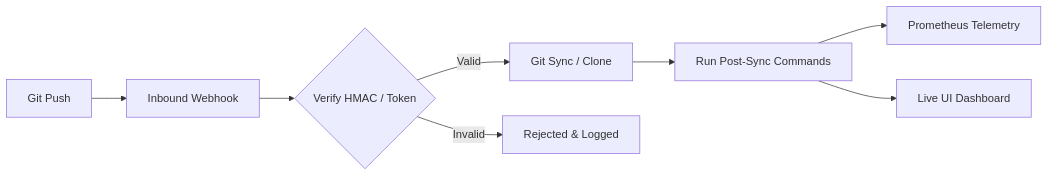
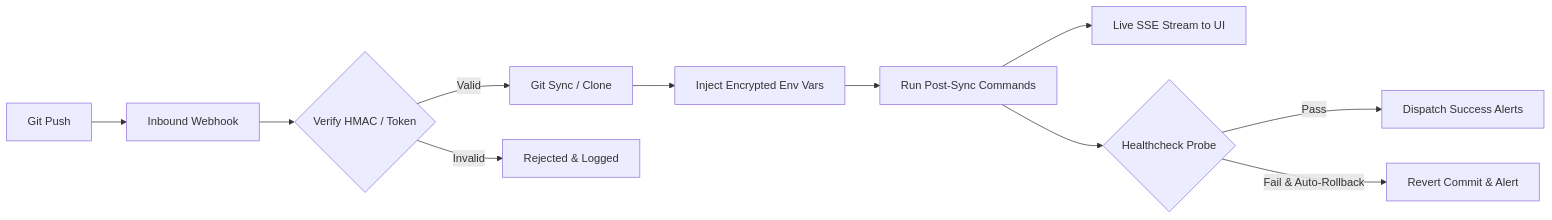
One commit to sgdevmane/vps_ci-cd changed the diagram in README.md. Above: the diagram before and after it, drawn with Mermaid. The commit also changed other lines of this file and 24 other files, not shown here.

Commit message:
feat: implement comprehensive notification system, SSE status/log broadcasting, healthchecks, and service rollback functionality

````diff
--- a/README.md
+++ b/README.md
@@ -30,10 +32,13 @@
 ```mermaid
 flowchart LR
     A[Git Push] --> B[Inbound Webhook]
     B --> C{Verify HMAC / Token}
     C -->|Valid| D[Git Sync / Clone]
     C -->|Invalid| X[Rejected & Logged]
-    D --> E[Run Post-Sync Commands]
-    E --> F[Prometheus Telemetry]
-    E --> G[Live UI Dashboard]
+    D --> E[Inject Encrypted Env Vars]
+    E --> F[Run Post-Sync Commands]
+    F --> G[Live SSE Stream to UI]
+    F --> H{Healthcheck Probe}
+    H -->|Pass| I[Dispatch Success Alerts]
+    H -->|Fail & Auto-Rollback| J[Revert Commit & Alert]
 ```
````
